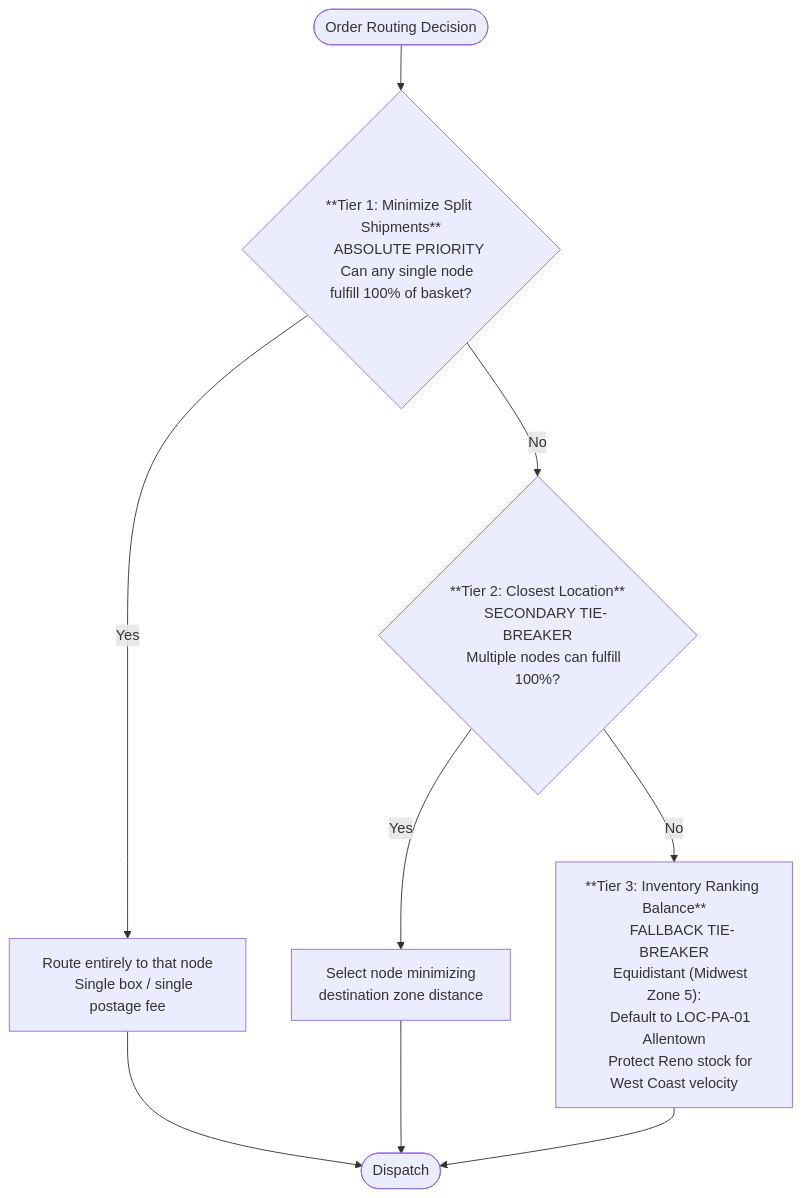
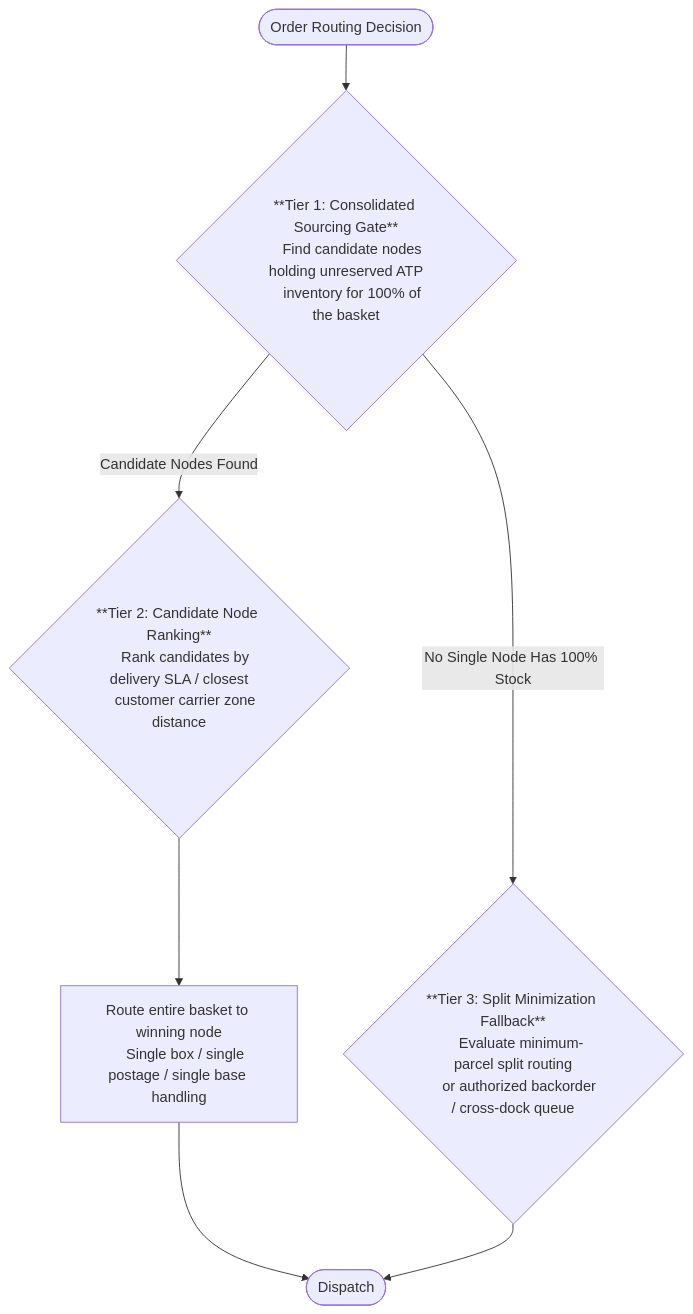
The second of 3 diagrams in domain-2-order-routing/MasterDossier-Domain2-MultiNodeLogisticsRouting.md (riovicsusas/portfolio), drawn with Mermaid before and after one commit. The commit also changed other lines of this file and 14 other files, not shown here.

````diff
--- a/domain-2-order-routing/MasterDossier-Domain2-MultiNodeLogisticsRouting.md
+++ b/domain-2-order-routing/MasterDossier-Domain2-MultiNodeLogisticsRouting.md
@@ -78,31 +79,21 @@
 ```mermaid
 flowchart TD
     R([Order Routing Decision]) --> T1
 
-    T1{"**Tier 1: Minimize Split Shipments**
-    ABSOLUTE PRIORITY
-    Can any single node fulfill 100% of basket?"}
+    T1{"**Tier 1: Consolidated Sourcing Gate**
+    Find candidate nodes holding unreserved ATP
+    inventory for 100% of the basket"}
 
-    T1 -- Yes --> A1["Route entirely to that node
-    Single box / single postage fee"]
+    T1 -- Candidate Nodes Found --> T2{"**Tier 2: Candidate Node Ranking**
+    Rank candidates by delivery SLA / closest
+    customer carrier zone distance"}
+
+    T2 --> A1["Route entire basket to winning node
+    Single box / single postage / single base handling"]
     A1 --> Done([Dispatch])
 
-    T1 -- No --> T2
-
-    T2{"**Tier 2: Closest Location**
-    SECONDARY TIE-BREAKER
-    Multiple nodes can fulfill 100%?"}
-
-    T2 -- Yes --> A2["Select node minimizing
-    destination zone distance"]
-    A2 --> Done
-
-    T2 -- No --> T3
-
-    T3["**Tier 3: Inventory Ranking Balance**
-    FALLBACK TIE-BREAKER
-    Equidistant (Midwest Zone 5):
-    Default to LOC-PA-01 Allentown
-    Protect Reno stock for West Coast velocity"]
+    T1 -- No Single Node Has 100% Stock --> T3{"**Tier 3: Split Minimization Fallback**
+    Evaluate minimum-parcel split routing
+    or authorized backorder / cross-dock queue"}
     T3 --> Done
 ```
````
